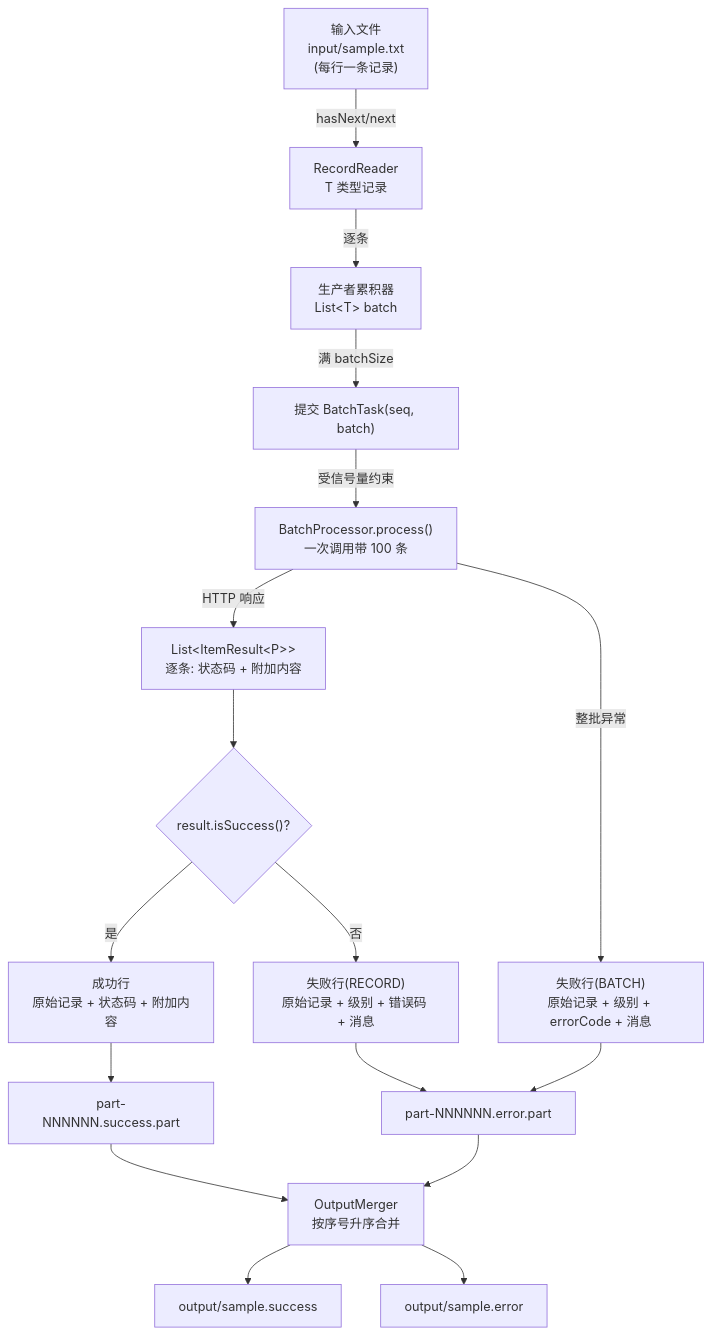
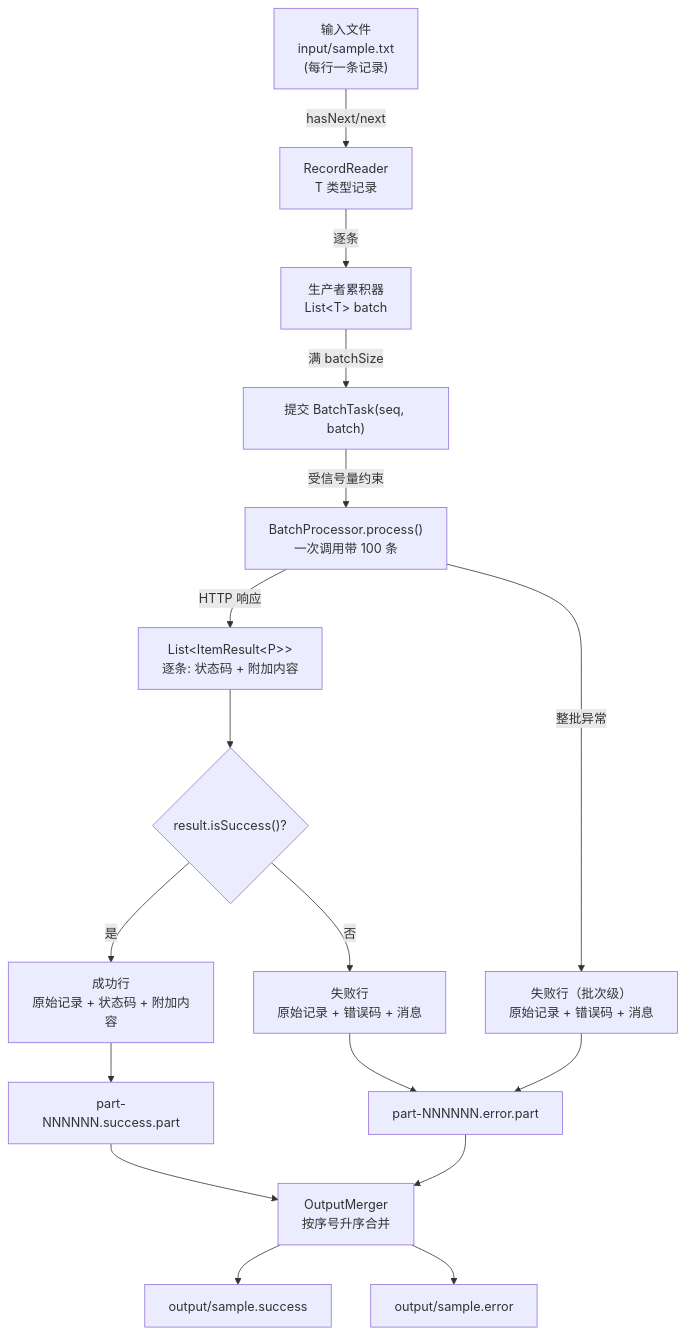
The tenth of 12 diagrams in DESIGN.md (owengoodluck/java-batch-pipeline), drawn with Mermaid before and after one commit. The commit also changed other lines of this file and 31 other files, not shown here.

````diff
--- a/DESIGN.md
+++ b/DESIGN.md
@@ -481,20 +481,20 @@
 ```mermaid
 flowchart TB
     IN["输入文件<br/>input/sample.txt<br/>(每行一条记录)"]
     IN -->|"hasNext/next"| READ["RecordReader<br/>T 类型记录"]
     READ -->|"逐条"| ACC["生产者累积器<br/>List&lt;T&gt; batch"]
     ACC -->|"满 batchSize"| SUB["提交 BatchTask(seq, batch)"]
     SUB -->|"受信号量约束"| CALL["BatchProcessor.process()<br/>一次调用带 100 条"]
     CALL -->|"HTTP 响应"| RES["List&lt;ItemResult&lt;P&gt;&gt;<br/>逐条: 状态码 + 附加内容"]
     RES --> JUDGE{"result.isSuccess()?"}
     JUDGE -- 是 --> OKLINE["成功行<br/>原始记录 + 状态码 + 附加内容"]
-    JUDGE -- 否 --> NGLINE["失败行(RECORD)<br/>原始记录 + 级别 + 错误码 + 消息"]
-    CALL -->|"整批异常"| BFLINE["失败行(BATCH)<br/>原始记录 + 级别 + errorCode + 消息"]
+    JUDGE -- 否 --> NGLINE["失败行<br/>原始记录 + 错误码 + 消息"]
+    CALL -->|"整批异常"| BFLINE["失败行（批次级）<br/>原始记录 + 错误码 + 消息"]
     OKLINE --> PS["part-NNNNNN.success.part"]
     NGLINE --> PE["part-NNNNNN.error.part"]
     BFLINE --> PE
     PS --> MERGE["OutputMerger<br/>按序号升序合并"]
     PE --> MERGE
     MERGE --> OUTS["output/sample.success"]
     MERGE --> OUTE["output/sample.error"]
 ```
````
